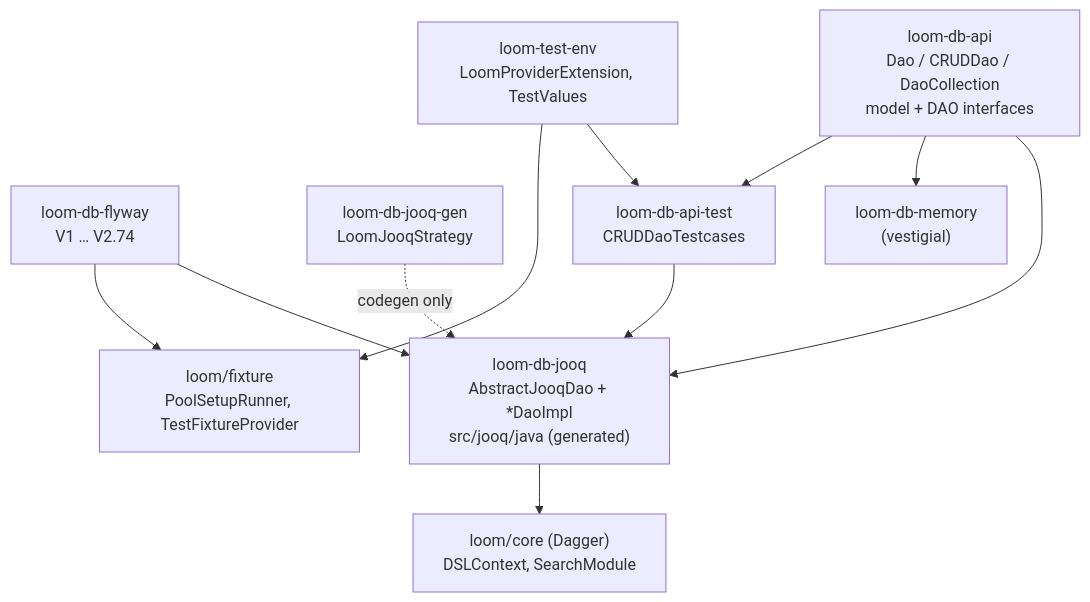
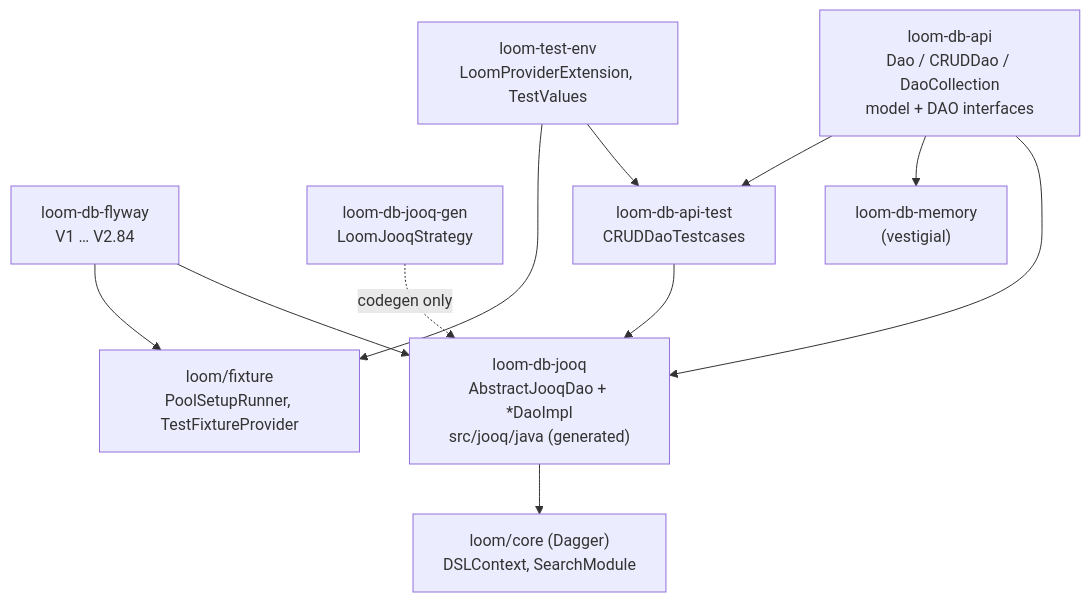
The diagram in spec/loom/PERSISTENCE.md (metaloom/metaloom), drawn with Mermaid before and after one commit. The commit also changed other lines of this file and 196 other files, not shown here.

````diff
--- a/spec/loom/PERSISTENCE.md
+++ b/spec/loom/PERSISTENCE.md
@@ -25,23 +26,23 @@
 ```mermaid
 graph TD
   API["loom-db-api<br/>Dao / CRUDDao / DaoCollection<br/>model + DAO interfaces"]
-  FLY["loom-db-flyway<br/>V1 … V2.74"]
+  FLY["loom-db-flyway<br/>V1 … V2.84"]
   GEN["loom-db-jooq-gen<br/>LoomJooqStrategy"]
   JOOQ["loom-db-jooq<br/>AbstractJooqDao + *DaoImpl<br/>src/jooq/java (generated)"]
   MEM["loom-db-memory<br/>(vestigial)"]
   ATEST["loom-db-api-test<br/>CRUDDaoTestcases"]
   ENV["loom-test-env<br/>LoomProviderExtension, TestValues"]
   FIX["loom/fixture<br/>PoolSetupRunner, TestFixtureProvider"]
   CORE["loom/core (Dagger)<br/>DSLContext, SearchModule"]
 
   API --> JOOQ
   FLY --> JOOQ
   GEN -. "codegen only" .-> JOOQ
   API --> MEM
   API --> ATEST
   ATEST --> JOOQ
   ENV --> ATEST
   ENV --> FIX
   FLY --> FIX
   JOOQ --> CORE
 ```
````
